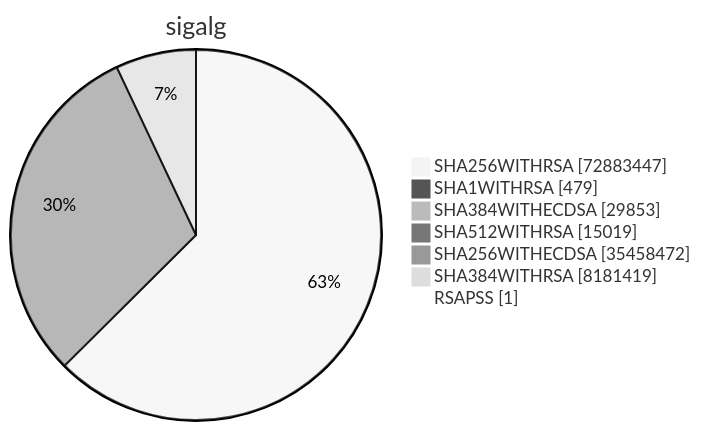
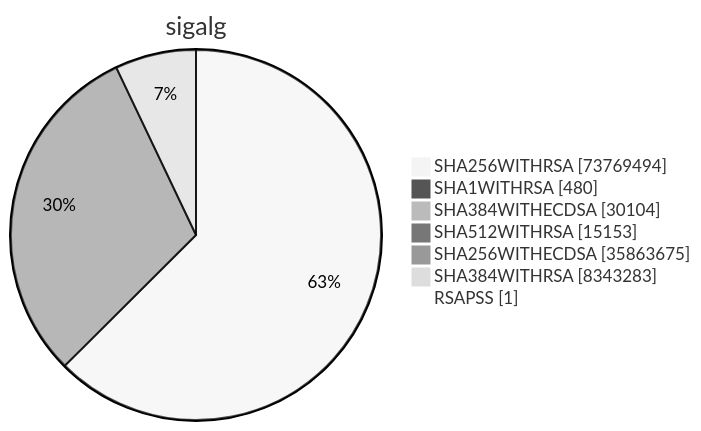
One commit to christiankrug/ctmonitor_visualization changed diagram 15 of 15 in xenon2023/README.md. Above: the diagram before and after it, drawn with Mermaid (neutral theme). The commit also changed other lines of this file, not shown here.

````diff
--- a/xenon2023/README.md
+++ b/xenon2023/README.md
@@ -4532,11 +4538,11 @@
 ```mermaid
 pie showData
 title sigalg
-"SHA256WITHRSA" :72883447
-"SHA1WITHRSA" :479
-"SHA384WITHECDSA" :29853
-"SHA512WITHRSA" :15019
-"SHA256WITHECDSA" :35458472
-"SHA384WITHRSA" :8181419
+"SHA256WITHRSA" :73769494
+"SHA1WITHRSA" :480
+"SHA384WITHECDSA" :30104
+"SHA512WITHRSA" :15153
+"SHA256WITHECDSA" :35863675
+"SHA384WITHRSA" :8343283
 "RSAPSS" :1
 ```
````
